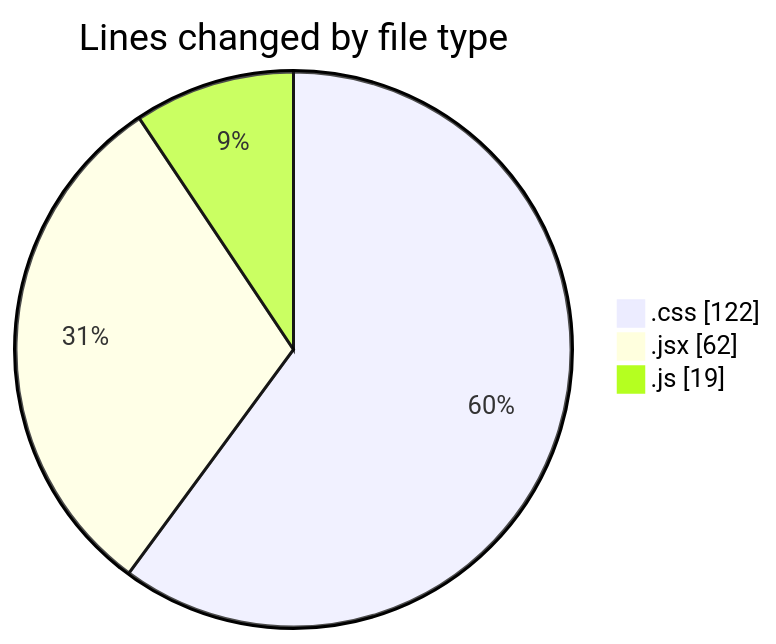
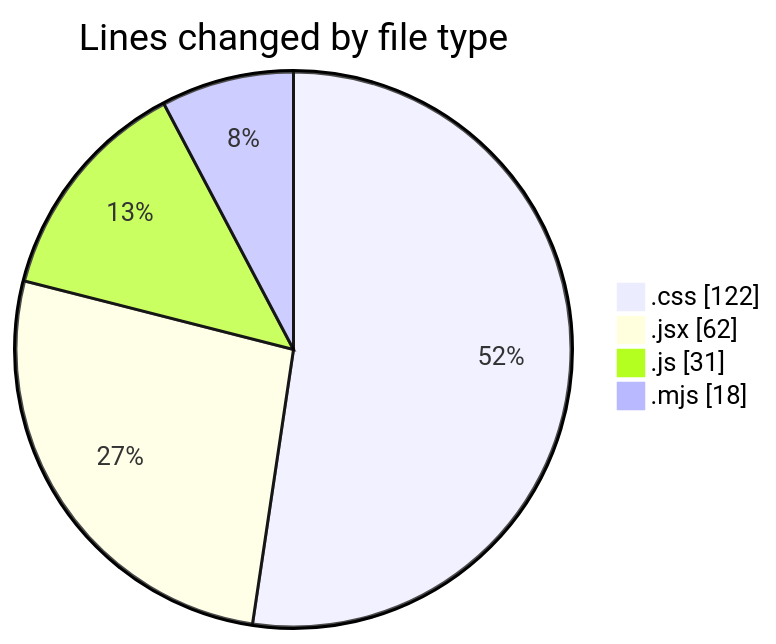
Before and after one commit to Elitesun/code-tracking: the first of 2 diagrams in 2025-01-31/react/README.md, drawn with Mermaid. The commit also changed other lines of this file and 1 other file, not shown here.

````diff
--- a/2025-01-31/react/README.md
+++ b/2025-01-31/react/README.md
@@ -27,7 +29,8 @@
 ```mermaid
 pie showData
 title Lines changed by file type
 ".css" : 122
 ".jsx" : 62
-".js" : 19
+".js" : 31
+".mjs" : 18
 ```
````
